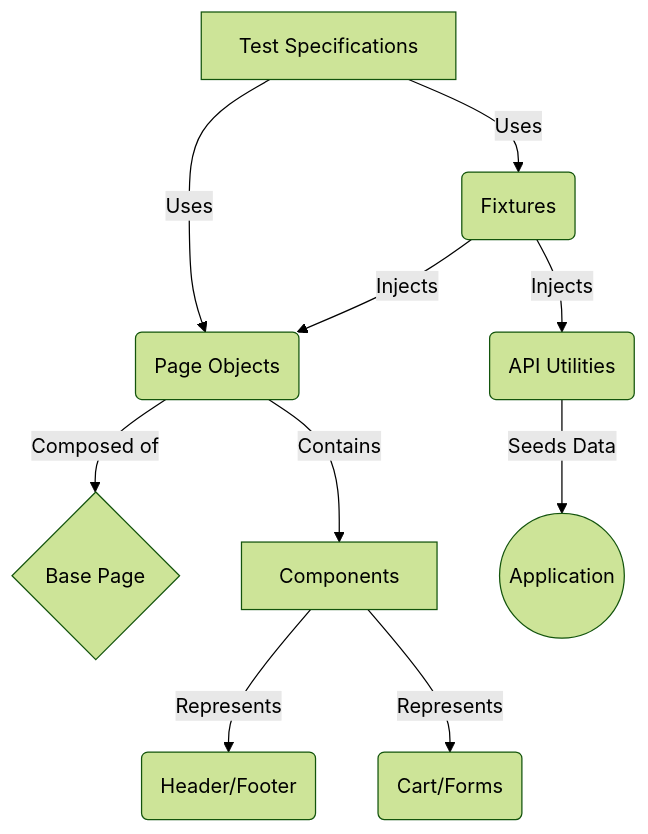
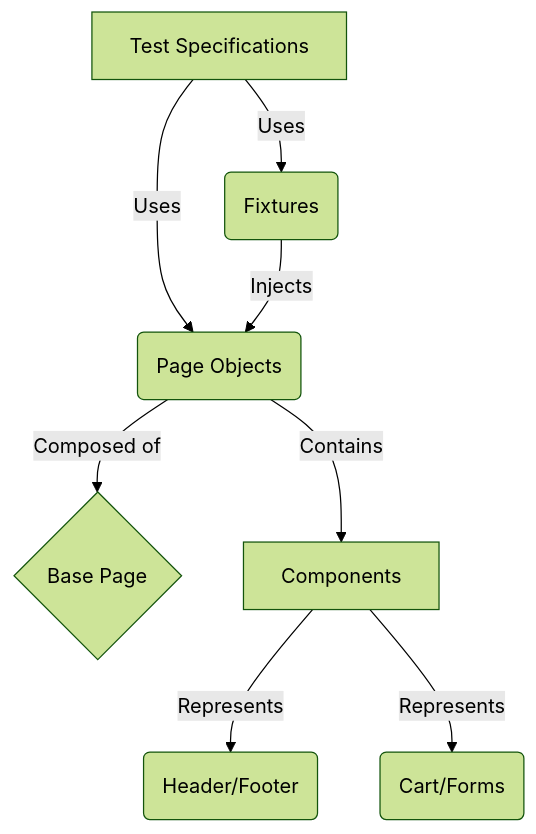
One commit to Mukuldev21/BunnyCart-E2E-Automation changed the diagram in README.md. Above: the diagram before and after it, drawn with Mermaid (forest theme).

Commit message:
docs: remove API seeding references from architecture diagram

````diff
--- a/README.md
+++ b/README.md
@@ -24,12 +24,10 @@
 ```mermaid
 graph TD
     A[Test Specifications] -->|Uses| B(Page Objects)
     A -->|Uses| C(Fixtures)
     B -->|Composed of| D{Base Page}
     B -->|Contains| E[Components]
     E -->|Represents| F(Header/Footer)
     E -->|Represents| G(Cart/Forms)
     C -->|Injects| B
-    C -->|Injects| H(API Utilities)
-    H -->|Seeds Data| I((Application))
 ```
````
